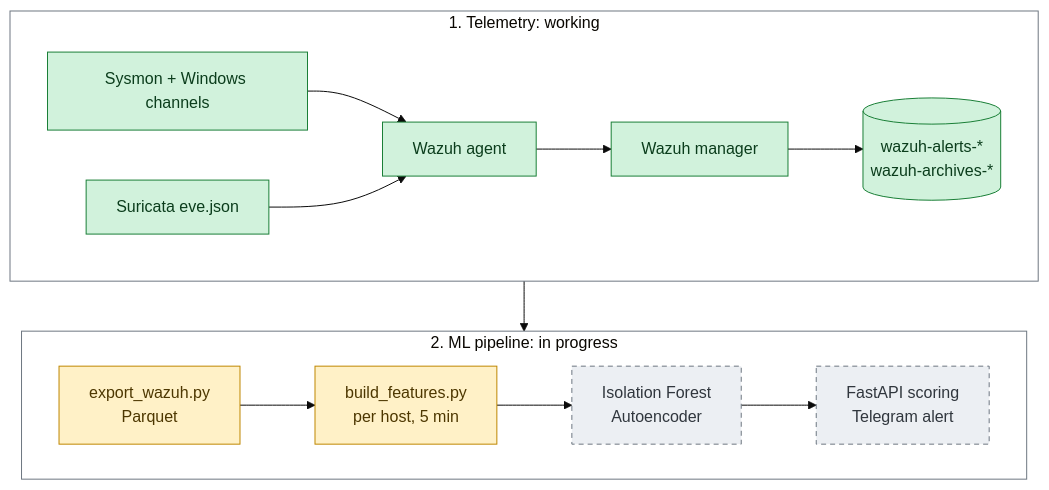
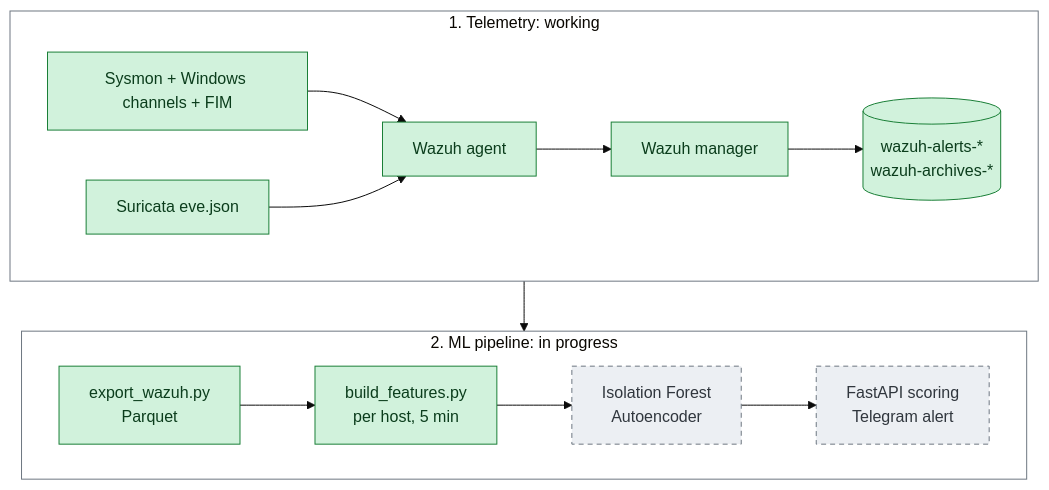
The first of 2 diagrams in README.md (freddy-zapata/home-soc-ml), drawn with Mermaid (base theme) before and after one commit. The commit also changed other lines of this file, not shown here.

````diff
--- a/README.md
+++ b/README.md
@@ -35,25 +36,24 @@
 ```mermaid
 flowchart TB
   subgraph C["1. Telemetry: working"]
     direction LR
-    A["Sysmon + Windows channels"] --> X["Wazuh agent"]
+    A["Sysmon + Windows channels + FIM"] --> X["Wazuh agent"]
     B["Suricata eve.json"] --> X
     X --> D["Wazuh manager"]
     D --> E[("wazuh-alerts-*<br/>wazuh-archives-*")]
   end
   subgraph P["2. ML pipeline: in progress"]
     direction LR
     F["export_wazuh.py<br/>Parquet"] --> G["build_features.py<br/>per host, 5 min"]
     G --> H["Isolation Forest<br/>Autoencoder"]
     H --> I["FastAPI scoring<br/>Telegram alert"]
   end
   C --> P
   classDef ok fill:#d1f2dc,stroke:#1a7f37,color:#0b3d1c
   classDef proto fill:#fff1c7,stroke:#bf8700,color:#4d3700
   classDef plan fill:#eceff3,stroke:#6e7781,color:#30363d,stroke-dasharray:5 4
-  class A,B,X,D,E ok
-  class F,G proto
+  class A,B,X,D,E,F,G ok
   class H,I plan
   style C fill:transparent,stroke:#6e7781
   style P fill:transparent,stroke:#6e7781
 ```
````
